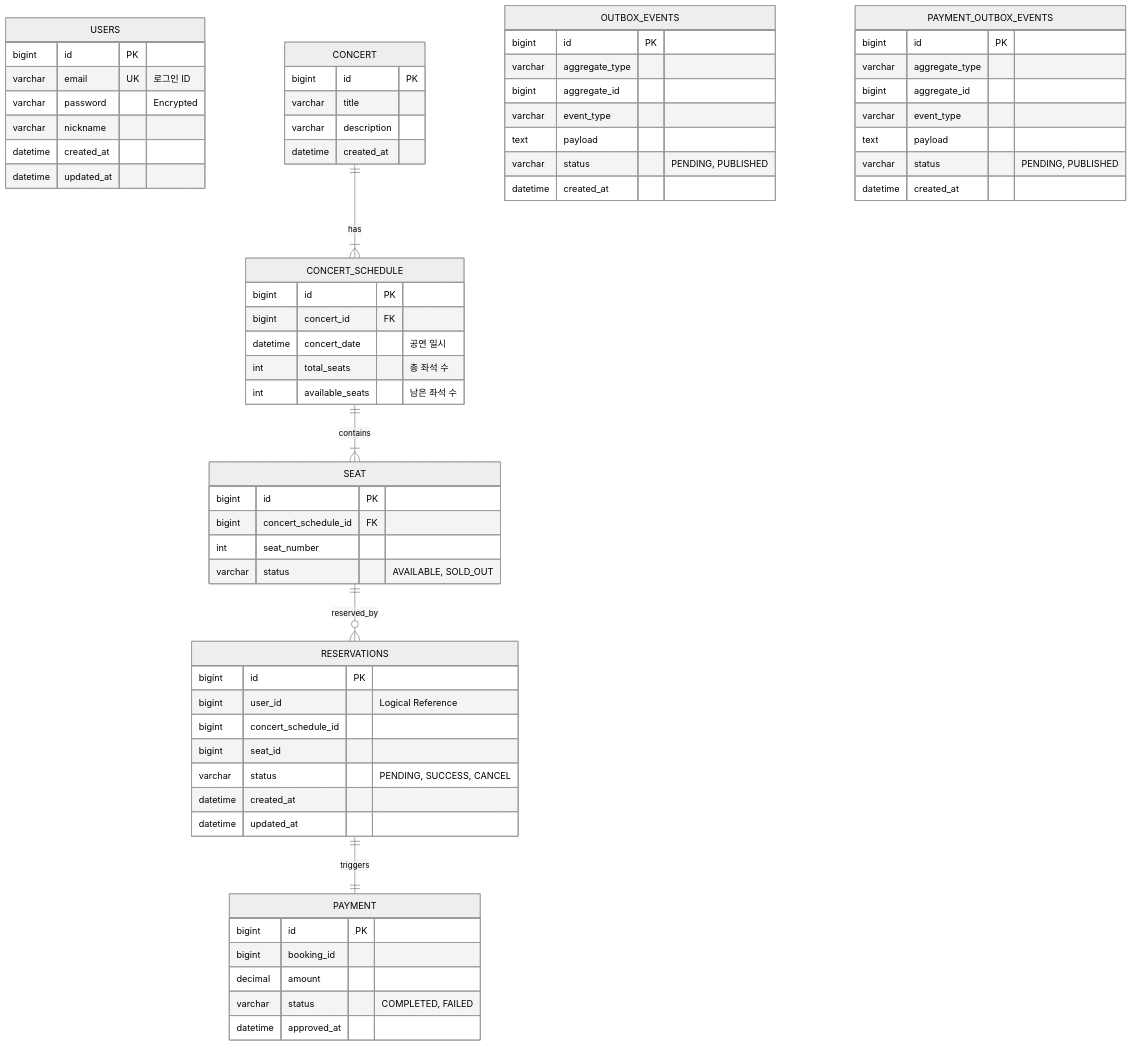
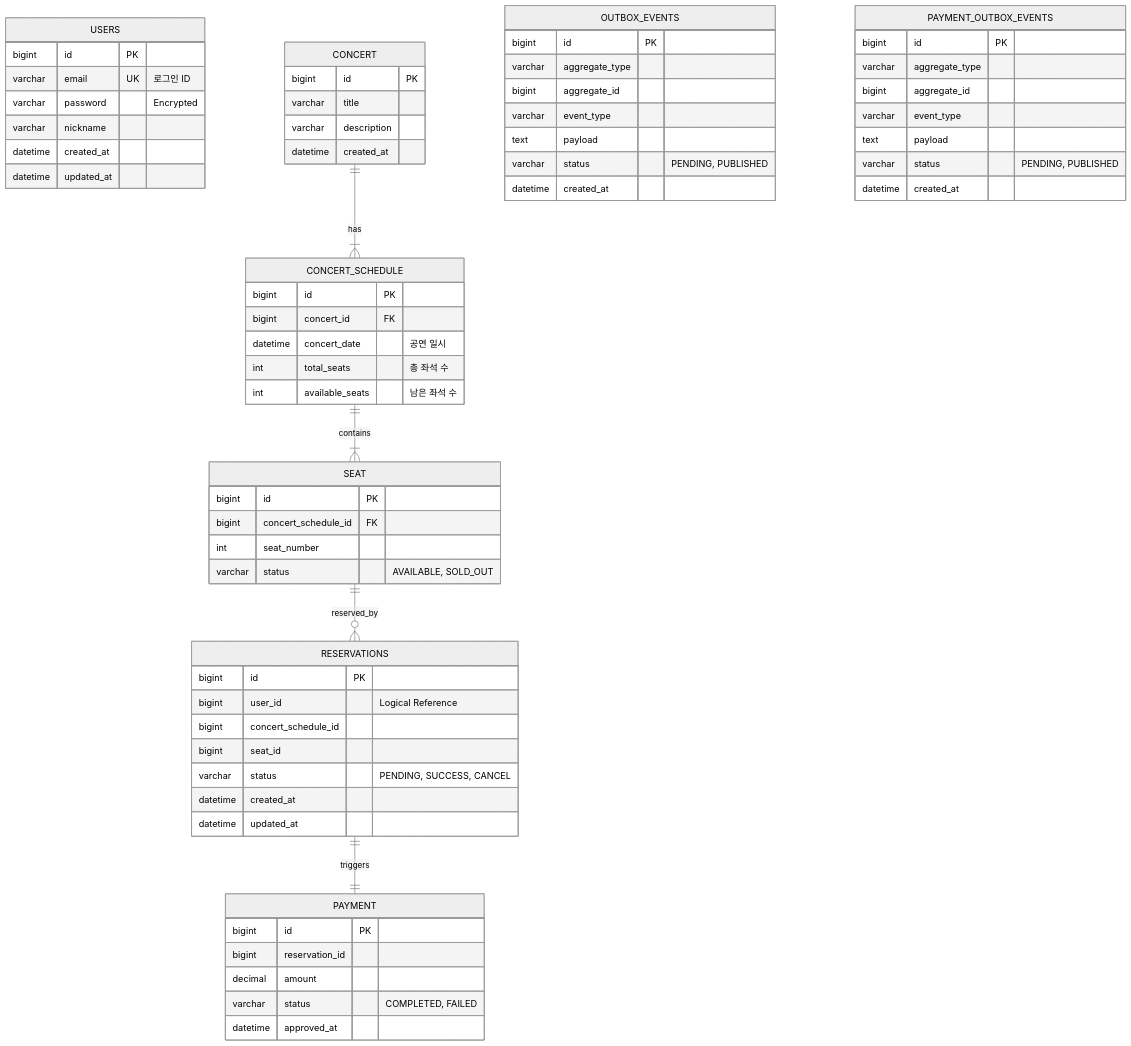
The diagram in docs/erd.md (Seonooo/kp-tickets), drawn with Mermaid (neutral theme) before and after one commit. The commit also changed 10 other files, not shown here.

````diff
--- a/docs/erd.md
+++ b/docs/erd.md
@@ -15,81 +15,81 @@
 ```mermaid
 erDiagram
     %% User Domain
     USERS {
         bigint id PK
         varchar email UK "로그인 ID"
         varchar password "Encrypted"
         varchar nickname
         datetime created_at
         datetime updated_at
     }
 
     %% Concert Domain (Meta Data)
     CONCERT {
         bigint id PK
         varchar title
         varchar description
         datetime created_at
     }
 
     CONCERT_SCHEDULE {
         bigint id PK
         bigint concert_id FK
         datetime concert_date "공연 일시"
         int total_seats "총 좌석 수"
         int available_seats "남은 좌석 수"
     }
 
     SEAT {
         bigint id PK
         bigint concert_schedule_id FK
         int seat_number
         varchar status "AVAILABLE, SOLD_OUT"
     }
 
     %% Booking Domain (Transactional)
     RESERVATIONS {
         bigint id PK
         bigint user_id "Logical Reference"
         bigint concert_schedule_id
         bigint seat_id
         varchar status "PENDING, SUCCESS, CANCEL"
         datetime created_at
         datetime updated_at
     }
     
     %% Payment Domain (Log)
     PAYMENT {
         bigint id PK
-        bigint booking_id
+        bigint reservation_id
         decimal amount
         varchar status "COMPLETED, FAILED"
         datetime approved_at
     }
 
     %% Outbox Pattern (Event consistency)
     OUTBOX_EVENTS {
         bigint id PK
         varchar aggregate_type
         bigint aggregate_id
         varchar event_type
         text payload
         varchar status "PENDING, PUBLISHED"
         datetime created_at
     }
 
     PAYMENT_OUTBOX_EVENTS {
         bigint id PK
         varchar aggregate_type
         bigint aggregate_id
         varchar event_type
         text payload
         varchar status "PENDING, PUBLISHED"
         datetime created_at
     }
 
     CONCERT ||--|{ CONCERT_SCHEDULE : has
     CONCERT_SCHEDULE ||--|{ SEAT : contains
     RESERVATIONS ||--|| PAYMENT : triggers
     SEAT ||--o{ RESERVATIONS : reserved_by
 ```
````
